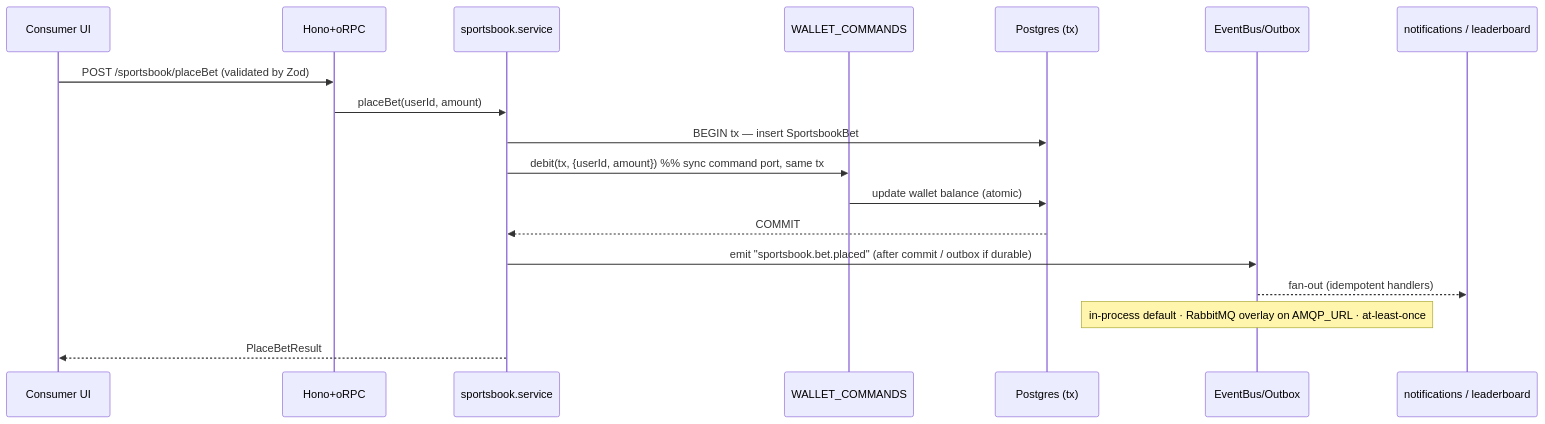
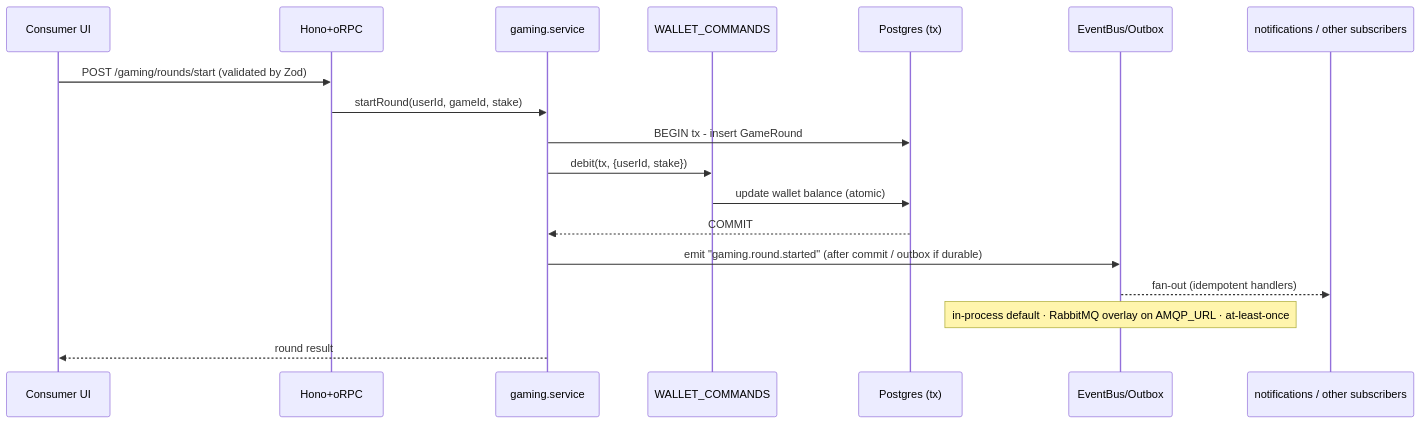
One commit to blurifycom/openora changed the fourth of 5 diagrams in docs/system-design.md. Above: the diagram before and after it, drawn with Mermaid. The commit also changed other lines of this file and 8 other files, not shown here.

````diff
--- a/docs/system-design.md
+++ b/docs/system-design.md
@@ -265,20 +255,20 @@
 ```mermaid
 sequenceDiagram
   participant C as Consumer UI
   participant H as Hono+oRPC
-  participant SB as sportsbook.service
+  participant G as gaming.service
   participant W as WALLET_COMMANDS
   participant DB as Postgres (tx)
   participant EB as EventBus/Outbox
-  participant N as notifications / leaderboard
-  C->>H: POST /sportsbook/placeBet (validated by Zod)
-  H->>SB: placeBet(userId, amount)
-  SB->>DB: BEGIN tx — insert SportsbookBet
-  SB->>W: debit(tx, {userId, amount})  %% sync command port, same tx
+  participant N as notifications / other subscribers
+  C->>H: POST /gaming/rounds/start (validated by Zod)
+  H->>G: startRound(userId, gameId, stake)
+  G->>DB: BEGIN tx - insert GameRound
+  G->>W: debit(tx, {userId, stake})
   W->>DB: update wallet balance (atomic)
-  DB-->>SB: COMMIT
-  SB->>EB: emit "sportsbook.bet.placed" (after commit / outbox if durable)
+  DB-->>G: COMMIT
+  G->>EB: emit "gaming.round.started" (after commit / outbox if durable)
   EB-->>N: fan-out (idempotent handlers)
   Note over EB: in-process default · RabbitMQ overlay on AMQP_URL · at-least-once
-  SB-->>C: PlaceBetResult
+  G-->>C: round result
 ```
````
